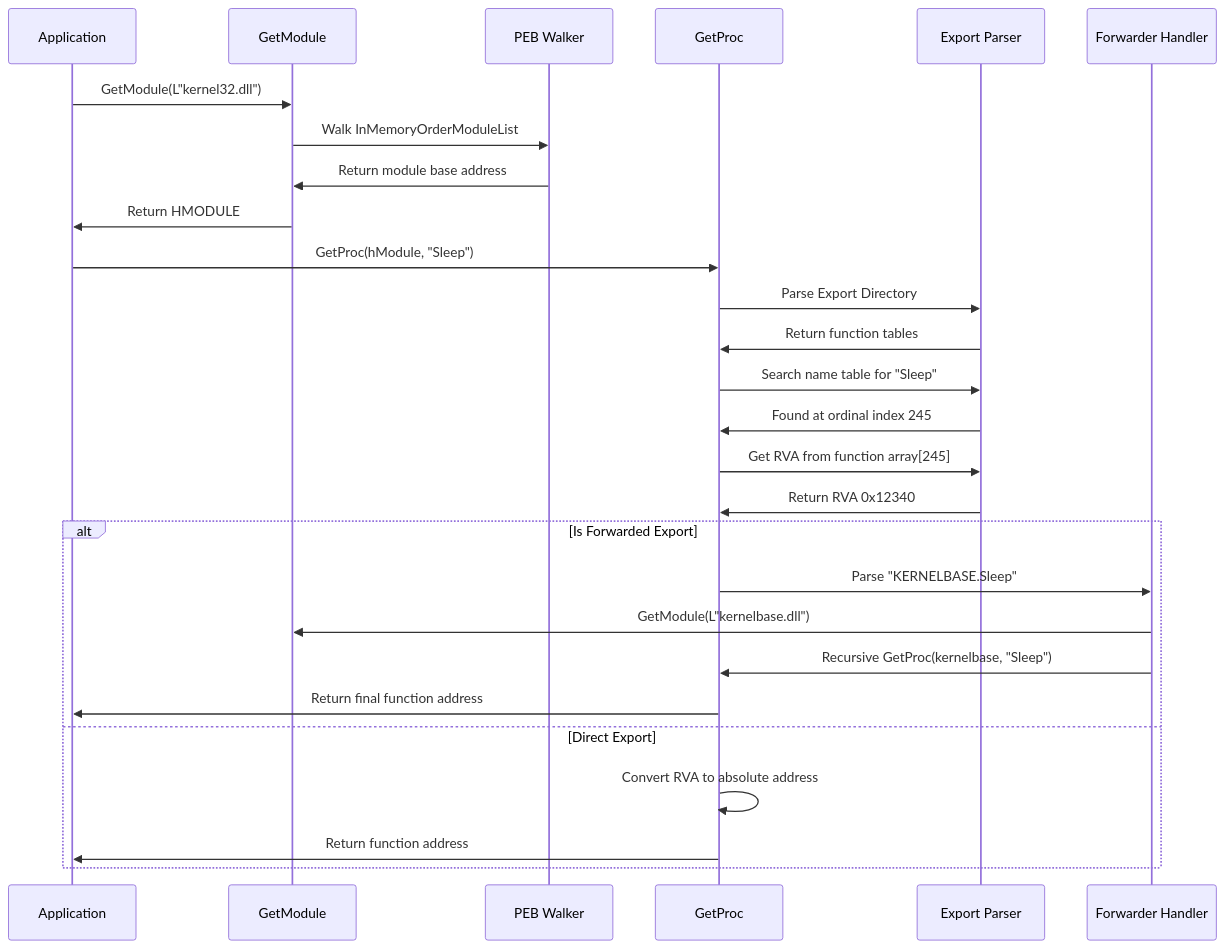
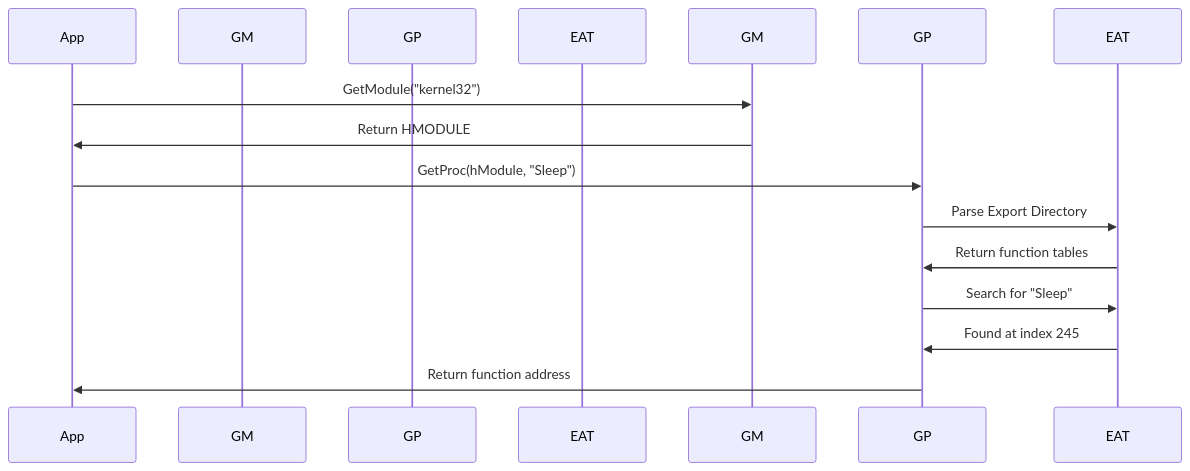
Before and after one commit to usuiWind/Windows-Import-Resolver: the fifth of 11 diagrams in diagrams.md, drawn with Mermaid. The commit also changed other lines of this file, not shown here.

````diff
--- a/diagrams.md
+++ b/diagrams.md
@@ -141,32 +109,17 @@
 ```mermaid
 sequenceDiagram
-    participant App as Application
-    participant GM as GetModule
-    participant PEB as PEB Walker
-    participant GP as GetProc
-    participant EAT as Export Parser
-    participant Fwd as Forwarder Handler
+    participant App
+    participant GetModule as GM
+    participant GetProc as GP
+    participant Parser as EAT
     
-    App->>GM: GetModule(L"kernel32.dll")
-    GM->>PEB: Walk InMemoryOrderModuleList
-    PEB->>GM: Return module base address
+    App->>GM: GetModule("kernel32")
     GM->>App: Return HMODULE
     
     App->>GP: GetProc(hModule, "Sleep")
     GP->>EAT: Parse Export Directory
     EAT->>GP: Return function tables
-    GP->>EAT: Search name table for "Sleep"
-    EAT->>GP: Found at ordinal index 245
-    GP->>EAT: Get RVA from function array[245]
-    EAT->>GP: Return RVA 0x12340
-    
-    alt Is Forwarded Export
-        GP->>Fwd: Parse "KERNELBASE.Sleep"
-        Fwd->>GM: GetModule(L"kernelbase.dll")
-        Fwd->>GP: Recursive GetProc(kernelbase, "Sleep")
-        GP->>App: Return final function address
-    else Direct Export
-        GP->>GP: Convert RVA to absolute address
-        GP->>App: Return function address
-    end
+    GP->>EAT: Search for "Sleep"
+    EAT->>GP: Found at index 245
+    GP->>App: Return function address
 ```
````
